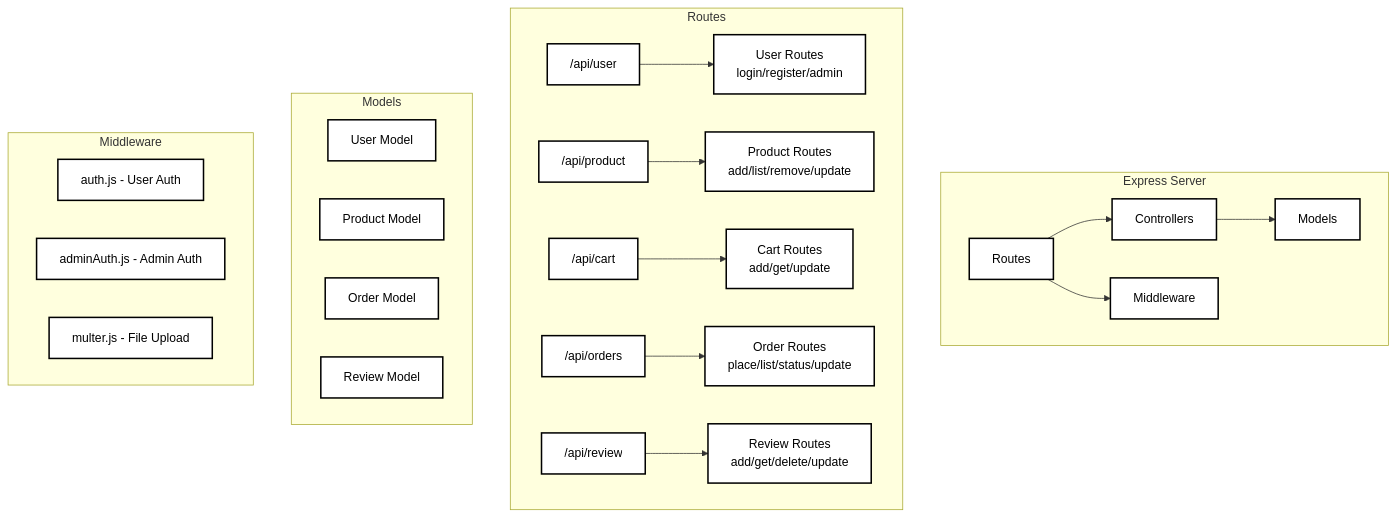
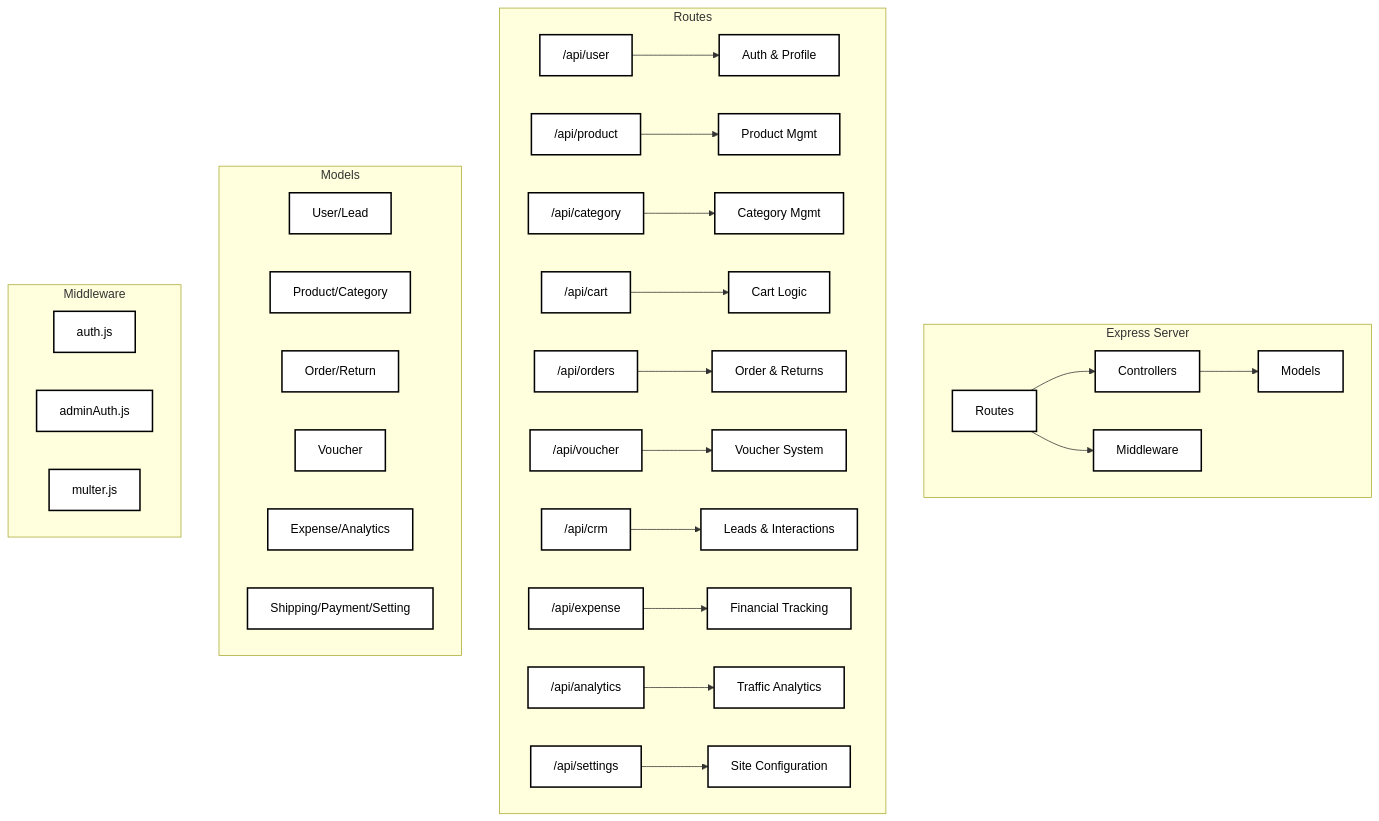
Before and after one commit to Grinti123/gerai-ayra-fullstack: the second of 8 diagrams in flowchart.md, drawn with Mermaid. The commit also changed other lines of this file and 229 other files, not shown here.

Commit message:
feat: Implement comprehensive admin panel features including finance, stock, returns, and user management, alongside new backend modules for analytics, expenses, categories, and wishlists.

````diff
--- a/flowchart.md
+++ b/flowchart.md
@@ -22,33 +21,39 @@
 ```mermaid
 graph TB
     subgraph "Express Server"
         H[Routes] --> I[Controllers]
         I --> J[Models]
         H --> K[Middleware]
     end
 
     subgraph "Routes"
-        L["/api/user"] --> M["User Routes<br/>login/register/admin"]
-        N["/api/product"] --> O["Product Routes<br/>add/list/remove/update"]
-        P["/api/cart"] --> Q["Cart Routes<br/>add/get/update"]
-        R["/api/orders"] --> S["Order Routes<br/>place/list/status/update"]
-        T["/api/review"] --> U["Review Routes<br/>add/get/delete/update"]
+        R1["/api/user"] --> C1["Auth & Profile"]
+        R2["/api/product"] --> C2["Product Mgmt"]
+        R3["/api/category"] --> C3["Category Mgmt"]
+        R4["/api/cart"] --> C4["Cart Logic"]
+        R5["/api/orders"] --> C5["Order & Returns"]
+        R6["/api/voucher"] --> C6["Voucher System"]
+        R7["/api/crm"] --> C7["Leads & Interactions"]
+        R8["/api/expense"] --> C8["Financial Tracking"]
+        R9["/api/analytics"] --> C9["Traffic Analytics"]
+        R10["/api/settings"] --> C10["Site Configuration"]
     end
 
     subgraph "Models"
-        V[User Model]
-        W[Product Model]
-        X[Order Model]
-        Y[Review Model]
+        M1[User/Lead]
+        M2[Product/Category]
+        M3[Order/Return]
+        M4[Voucher]
+        M5[Expense/Analytics]
+        M6[Shipping/Payment/Setting]
     end
 
     subgraph "Middleware"
-        Z[auth.js - User Auth]
-        AA[adminAuth.js - Admin Auth]
-        BB[multer.js - File Upload]
+        Z[auth.js]
+        AA[adminAuth.js]
+        BB[multer.js]
     end
 
     classDef default fill:#ffffff,stroke:#000000,stroke-width:2px,color:#000000
-
-    class H,I,J,K,L,M,N,O,P,Q,R,S,T,U,V,W,X,Y,Z,AA,BB default
+    class H,I,J,K,R1,R2,R3,R4,R5,R6,R7,R8,R9,R10,M1,M2,M3,M4,M5,M6,Z,AA,BB default
 ```
````
